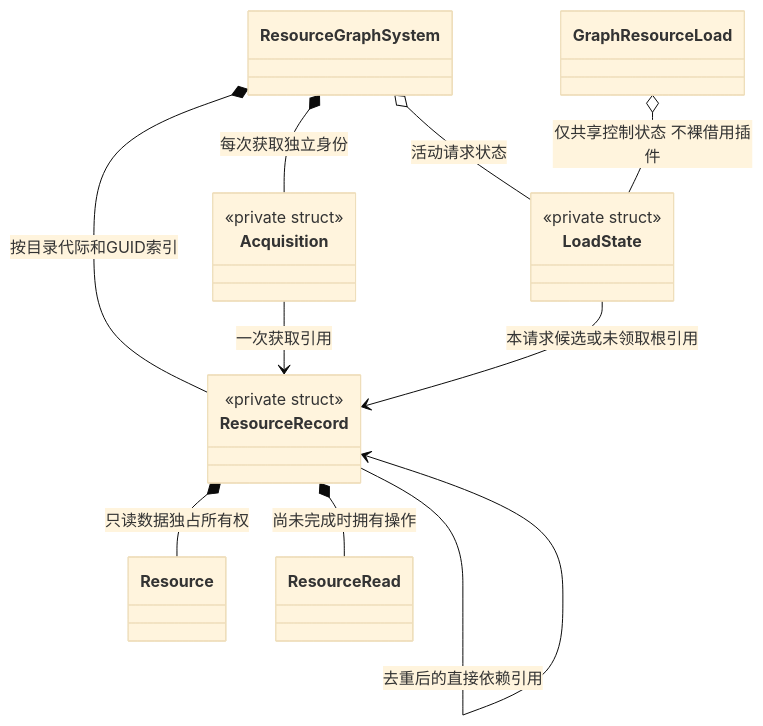
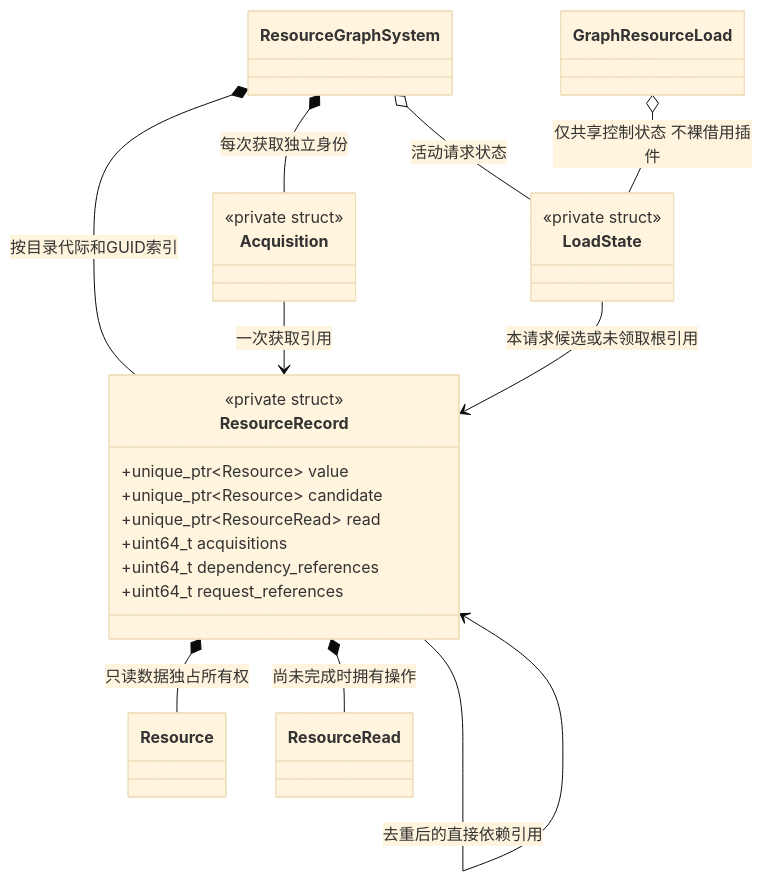
One commit to lcals/Engine changed the second of 3 diagrams in docs/plugins/runtime/class-diagrams/resource-graph.md. Above: the diagram before and after it, drawn with Mermaid (base theme). The commit also changed other lines of this file and 133 other files, not shown here.

Commit message:
Simplify engine implementations under reviewed class diagrams

````diff
--- a/docs/plugins/runtime/class-diagrams/resource-graph.md
+++ b/docs/plugins/runtime/class-diagrams/resource-graph.md
@@ -56,25 +58,31 @@
 ```mermaid
 classDiagram
     class ResourceGraphSystem
     class ResourceRecord {
         <<private struct>>
+        +unique_ptr~Resource~ value
+        +unique_ptr~Resource~ candidate
+        +unique_ptr~ResourceRead~ read
+        +uint64_t acquisitions
+        +uint64_t dependency_references
+        +uint64_t request_references
     }
     class Acquisition {
         <<private struct>>
     }
     class LoadState {
         <<private struct>>
     }
     class GraphResourceLoad
     class Resource
     class ResourceRead
     ResourceGraphSystem *-- ResourceRecord : 按目录代际和GUID索引
     ResourceGraphSystem *-- Acquisition : 每次获取独立身份
     ResourceGraphSystem o-- LoadState : 活动请求状态
     GraphResourceLoad o-- LoadState : 仅共享控制状态 不裸借用插件
     Acquisition --> ResourceRecord : 一次获取引用
     LoadState --> ResourceRecord : 本请求候选或未领取根引用
     ResourceRecord *-- Resource : 只读数据独占所有权
     ResourceRecord *-- ResourceRead : 尚未完成时拥有操作
     ResourceRecord --> ResourceRecord : 去重后的直接依赖引用
 ```
````
